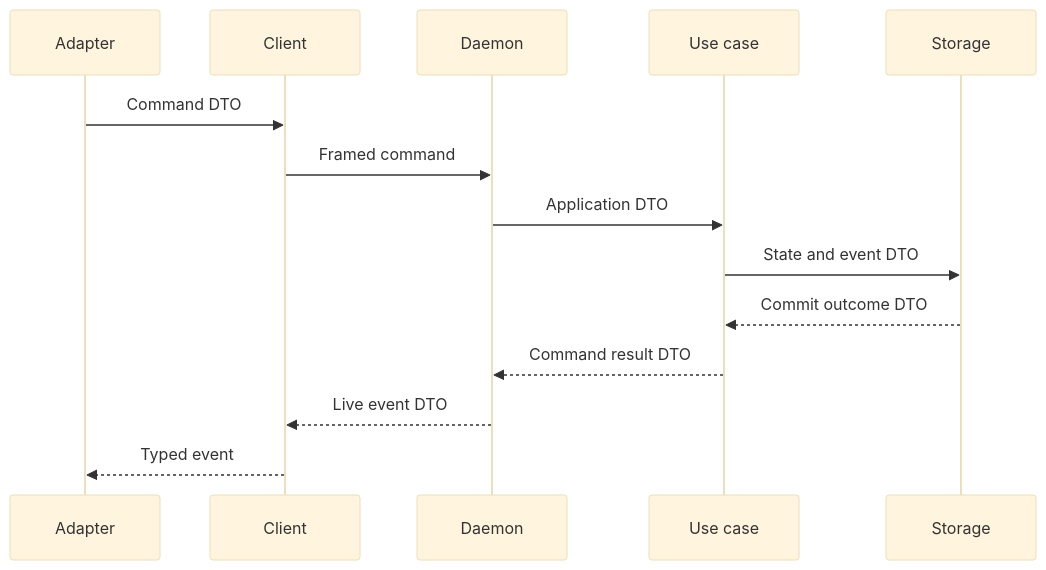
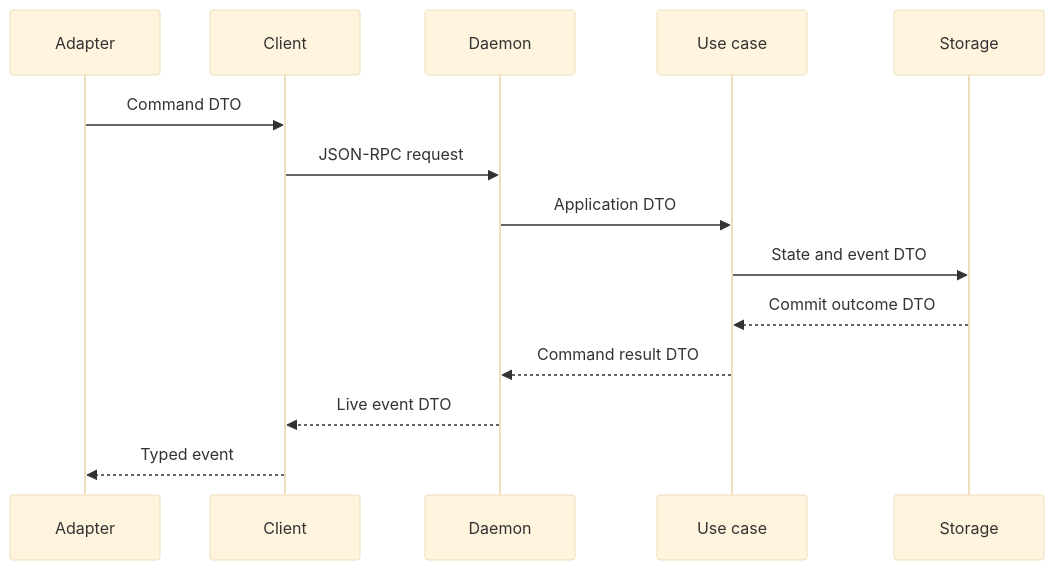
Before and after one commit to y0tsy/intention-relay: the diagram in docs/intention-relay/architecture/02-dto-and-contract-policy.md, drawn with Mermaid (base theme). The commit also changed other lines of this file and 119 other files, not shown here.

First line of the commit message:
refactor: remove the Slice 1 security theater and rebuild the wire on JSON-RPC 2.0 (ADRs 0045-0048) (#44)

````diff
--- a/docs/intention-relay/architecture/02-dto-and-contract-policy.md
+++ b/docs/intention-relay/architecture/02-dto-and-contract-policy.md
@@ -143,17 +133,17 @@
 ```mermaid
 sequenceDiagram
   participant A as Adapter
   participant C as Client
   participant D as Daemon
   participant U as Use case
   participant S as Storage
 
   A->>C: Command DTO
-  C->>D: Framed command
+  C->>D: JSON-RPC request
   D->>U: Application DTO
   U->>S: State and event DTO
   S-->>U: Commit outcome DTO
   U-->>D: Command result DTO
   D-->>C: Live event DTO
   C-->>A: Typed event
 ```
````
